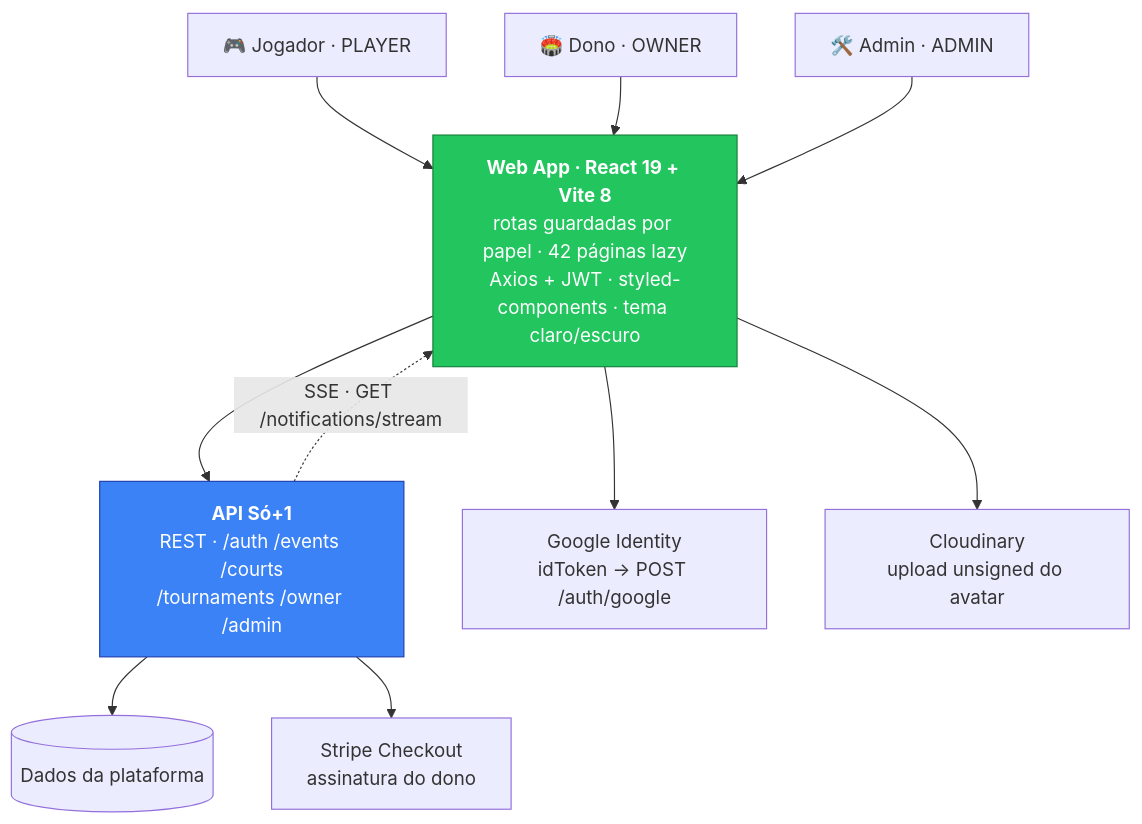
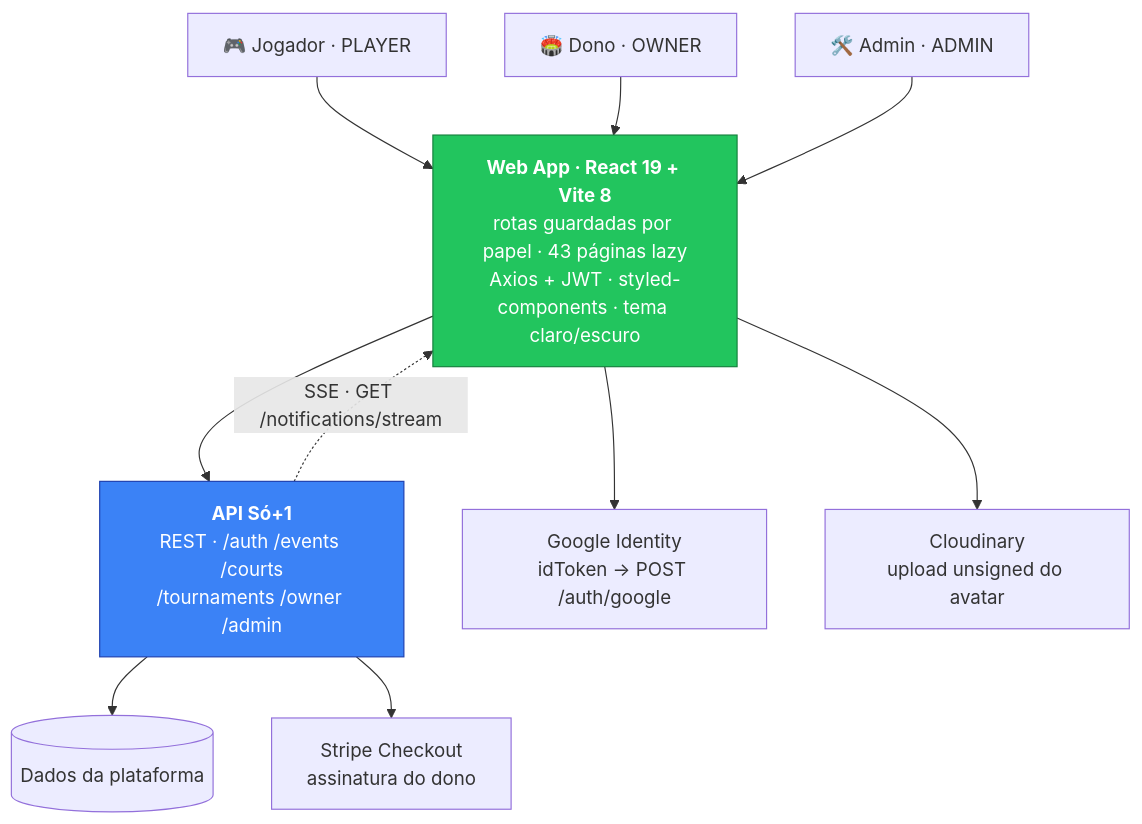
The diagram in README.md (mateus-vitor-ferreira-dev/so-mais-um-web), drawn with Mermaid before and after one commit. The commit also changed other lines of this file and 32 other files, not shown here.

````diff
--- a/README.md
+++ b/README.md
@@ -61,20 +61,20 @@
 ```mermaid
 flowchart TB
     P["🎮 Jogador · PLAYER"] --> WEB
     O["🏟️ Dono · OWNER"] --> WEB
     A["🛠️ Admin · ADMIN"] --> WEB
 
-    WEB["<b>Web App · React 19 + Vite 8</b><br/>rotas guardadas por papel · 42 páginas lazy<br/>Axios + JWT · styled-components · tema claro/escuro"]
+    WEB["<b>Web App · React 19 + Vite 8</b><br/>rotas guardadas por papel · 43 páginas lazy<br/>Axios + JWT · styled-components · tema claro/escuro"]
 
     WEB --> API["<b>API Só+1</b><br/>REST · /auth /events /courts<br/>/tournaments /owner /admin"]
     WEB --> G["Google Identity<br/>idToken → POST /auth/google"]
     WEB --> CL["Cloudinary<br/>upload unsigned do avatar"]
 
     API --> DB[("Dados da plataforma")]
     API --> ST["Stripe Checkout<br/>assinatura do dono"]
 
     API -. "SSE · GET /notifications/stream" .-> WEB
 
     style WEB fill:#22C55E,stroke:#15803d,color:#fff
     style API fill:#3B82F6,stroke:#1e40af,color:#fff
 ```
````
